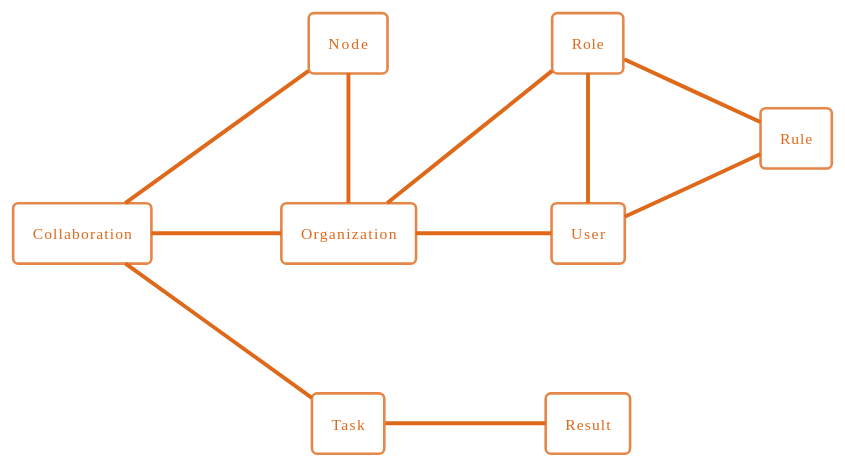
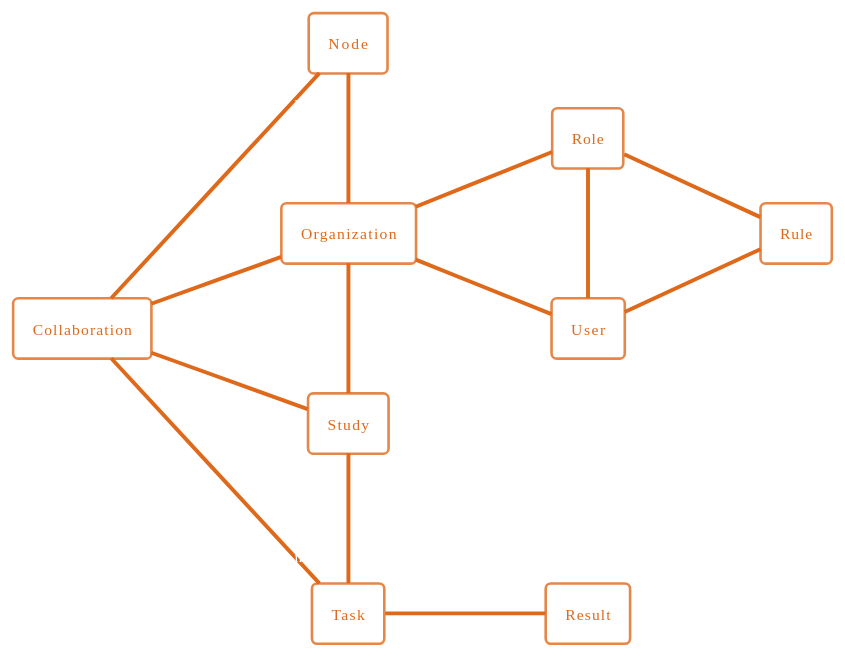
The second of 2 diagrams in docs/introduction/introduction.rst (vantage6/vantage6), drawn with PlantUML before and after one commit. The commit also changed other lines of this file, not shown here.

Commit message:
Added documentation for studies

```diff
--- a/docs/introduction/introduction.rst
+++ b/docs/introduction/introduction.rst
@@ -105,28 +109,34 @@
 .. uml::
 
     !theme superhero-outline
     skinparam nodesep 100
     skinparam ranksep 100
     left to right direction
 
     rectangle Collaboration
+    rectangle Node
     rectangle Organization
-    rectangle Node
+    rectangle Study
     rectangle Task
     rectangle Result
     rectangle User
     rectangle Role
     rectangle Rule
 
+    Collaboration "1" -- "n" Node
     Collaboration "n" -- "n" Organization
-    Organization "1" -left- "n" Node
-    Collaboration "1" -- "n" Node
+    Collaboration "1" -- "n" Study
+    Collaboration "1" -- "n" Task
+
+    Study "n" -left- "n" Organization
+    Study "1" -right- "n" Task
+
+    Node "n" -right- "1" Organization
 
     Organization "1" -- "n" User
     Organization "0" -- "n" Role
+    Task "1" -- "n" Result
+
     User "n" -left- "n" Role
     Role "n" -- "n" Rule
     User "n" -- "n" Rule
-
-    Collaboration "1" -- "n" Task
-    Task "1" -- "n" Result
```
